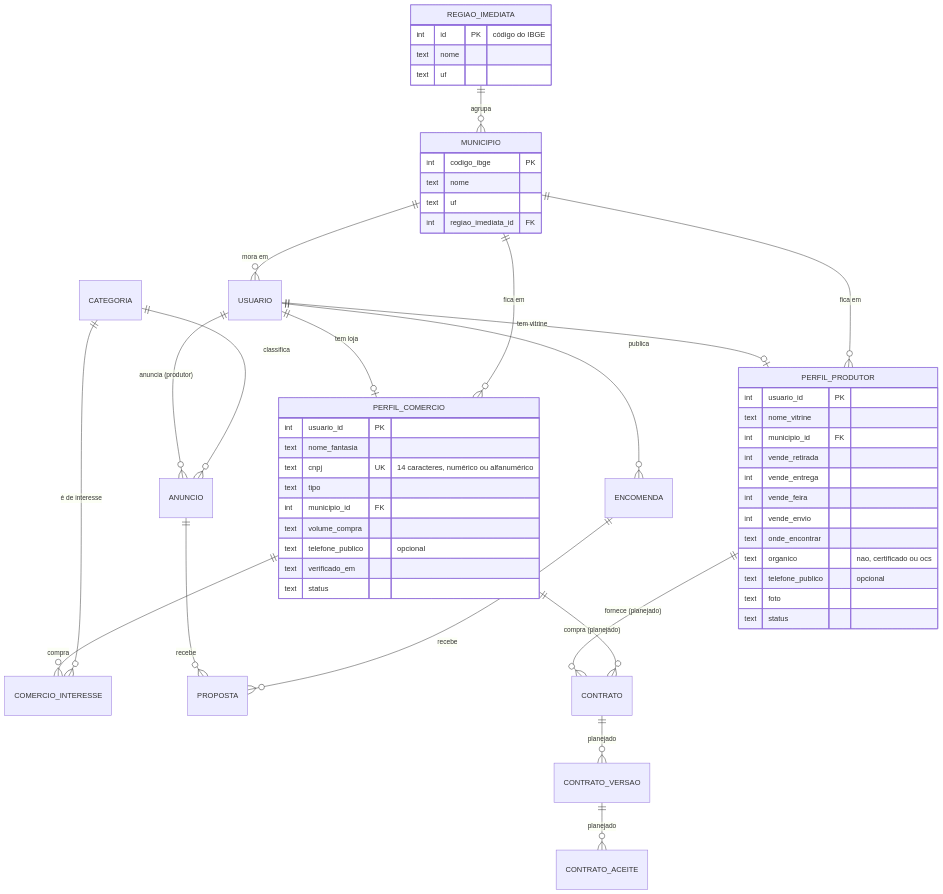
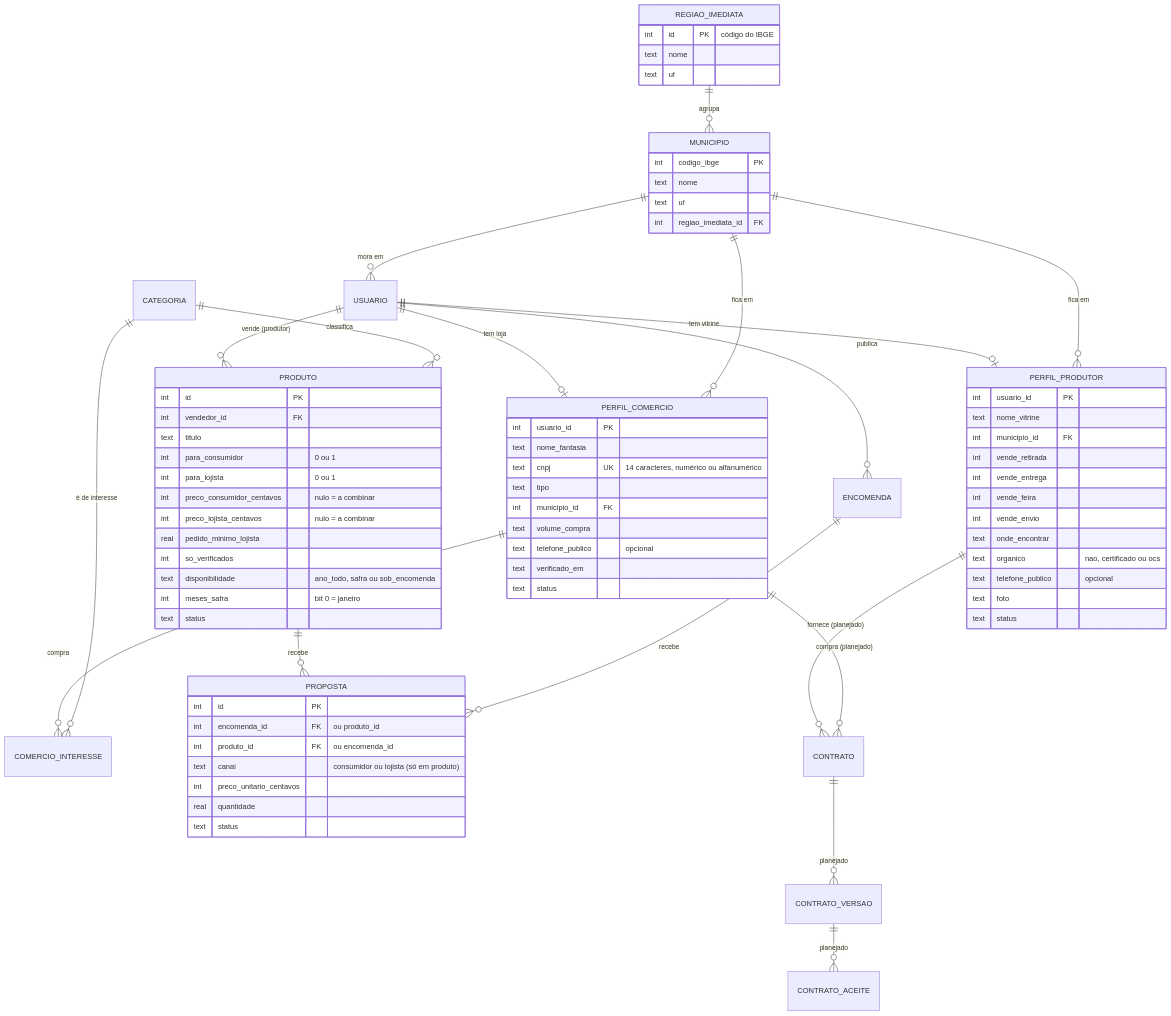
One commit to templaspreguissa/AgroEcomenda changed the first of 2 diagrams in docs/visao-produtor-comercio-consumidor.md. Above: the diagram before and after it, drawn with Mermaid. The commit also changed other lines of this file and 52 other files, not shown here.

Commit message:
Iteração 4: produtos com preço para consumidor e para lojas, safra e busca por região

````diff
--- a/docs/visao-produtor-comercio-consumidor.md
+++ b/docs/visao-produtor-comercio-consumidor.md
@@ -81,57 +85,80 @@
 ```mermaid
 erDiagram
     REGIAO_IMEDIATA ||--o{ MUNICIPIO : agrupa
     MUNICIPIO ||--o{ USUARIO : "mora em"
     USUARIO ||--o| PERFIL_PRODUTOR : "tem vitrine"
     USUARIO ||--o| PERFIL_COMERCIO : "tem loja"
     MUNICIPIO ||--o{ PERFIL_PRODUTOR : "fica em"
     MUNICIPIO ||--o{ PERFIL_COMERCIO : "fica em"
     PERFIL_COMERCIO ||--o{ COMERCIO_INTERESSE : compra
     CATEGORIA ||--o{ COMERCIO_INTERESSE : "é de interesse"
-    USUARIO ||--o{ ANUNCIO : "anuncia (produtor)"
-    CATEGORIA ||--o{ ANUNCIO : classifica
-    ANUNCIO ||--o{ PROPOSTA : recebe
+    USUARIO ||--o{ PRODUTO : "vende (produtor)"
+    CATEGORIA ||--o{ PRODUTO : classifica
+    PRODUTO ||--o{ PROPOSTA : recebe
     USUARIO ||--o{ ENCOMENDA : publica
     ENCOMENDA ||--o{ PROPOSTA : recebe
     PERFIL_PRODUTOR ||--o{ CONTRATO : "fornece (planejado)"
     PERFIL_COMERCIO ||--o{ CONTRATO : "compra (planejado)"
     CONTRATO ||--o{ CONTRATO_VERSAO : "planejado"
     CONTRATO_VERSAO ||--o{ CONTRATO_ACEITE : "planejado"
 
     REGIAO_IMEDIATA {
         int id PK "código do IBGE"
         text nome
         text uf
     }
     MUNICIPIO {
         int codigo_ibge PK
         text nome
         text uf
         int regiao_imediata_id FK
     }
     PERFIL_PRODUTOR {
         int usuario_id PK
         text nome_vitrine
         int municipio_id FK
         int vende_retirada
         int vende_entrega
         int vende_feira
         int vende_envio
         text onde_encontrar
         text organico "nao, certificado ou ocs"
         text telefone_publico "opcional"
         text foto
         text status
     }
+    PRODUTO {
+        int id PK
+        int vendedor_id FK
+        text titulo
+        int para_consumidor "0 ou 1"
+        int para_lojista "0 ou 1"
+        int preco_consumidor_centavos "nulo = a combinar"
+        int preco_lojista_centavos "nulo = a combinar"
+        real pedido_minimo_lojista
+        int so_verificados
+        text disponibilidade "ano_todo, safra ou sob_encomenda"
+        int meses_safra "bit 0 = janeiro"
+        text status
+    }
+    PROPOSTA {
+        int id PK
+        int encomenda_id FK "ou produto_id"
+        int produto_id FK "ou encomenda_id"
+        text canal "consumidor ou lojista (só em produto)"
+        int preco_unitario_centavos
+        real quantidade
+        text status
+    }
     PERFIL_COMERCIO {
         int usuario_id PK
         text nome_fantasia
         text cnpj UK "14 caracteres, numérico ou alfanumérico"
         text tipo
         int municipio_id FK
         text volume_compra
         text telefone_publico "opcional"
         text verificado_em
         text status
     }
 ```
````
